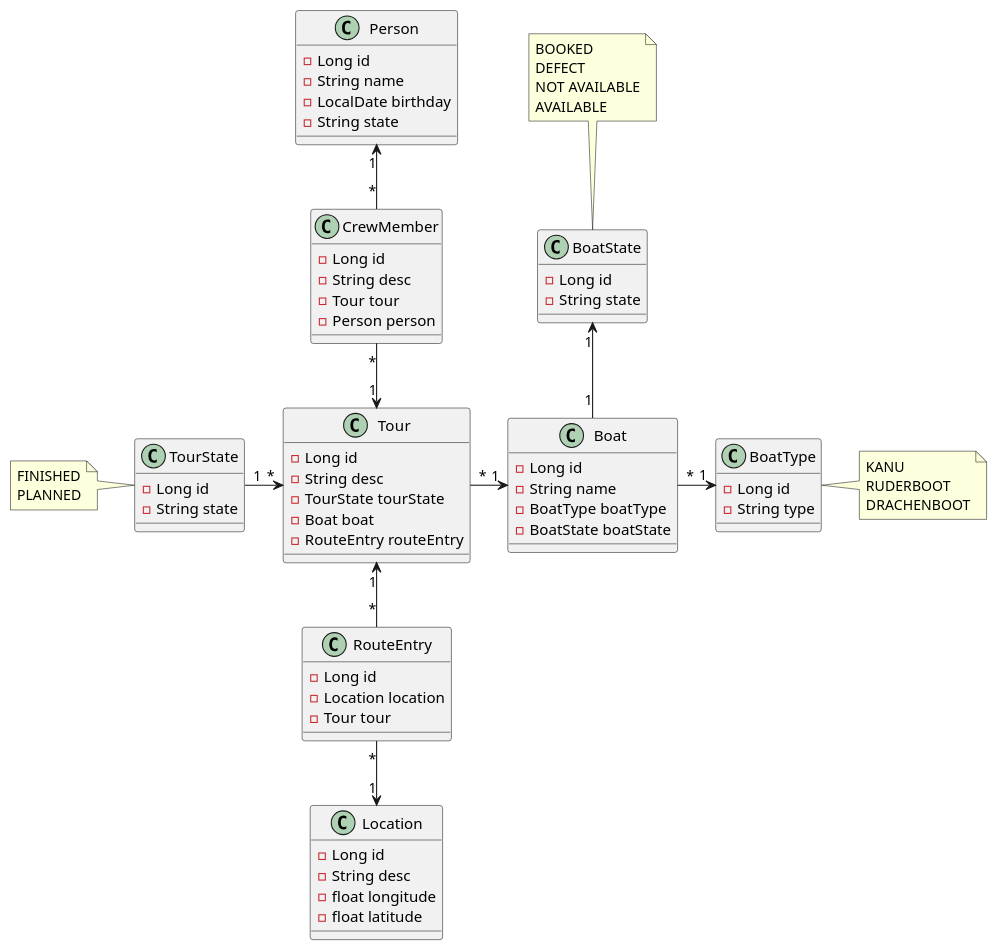
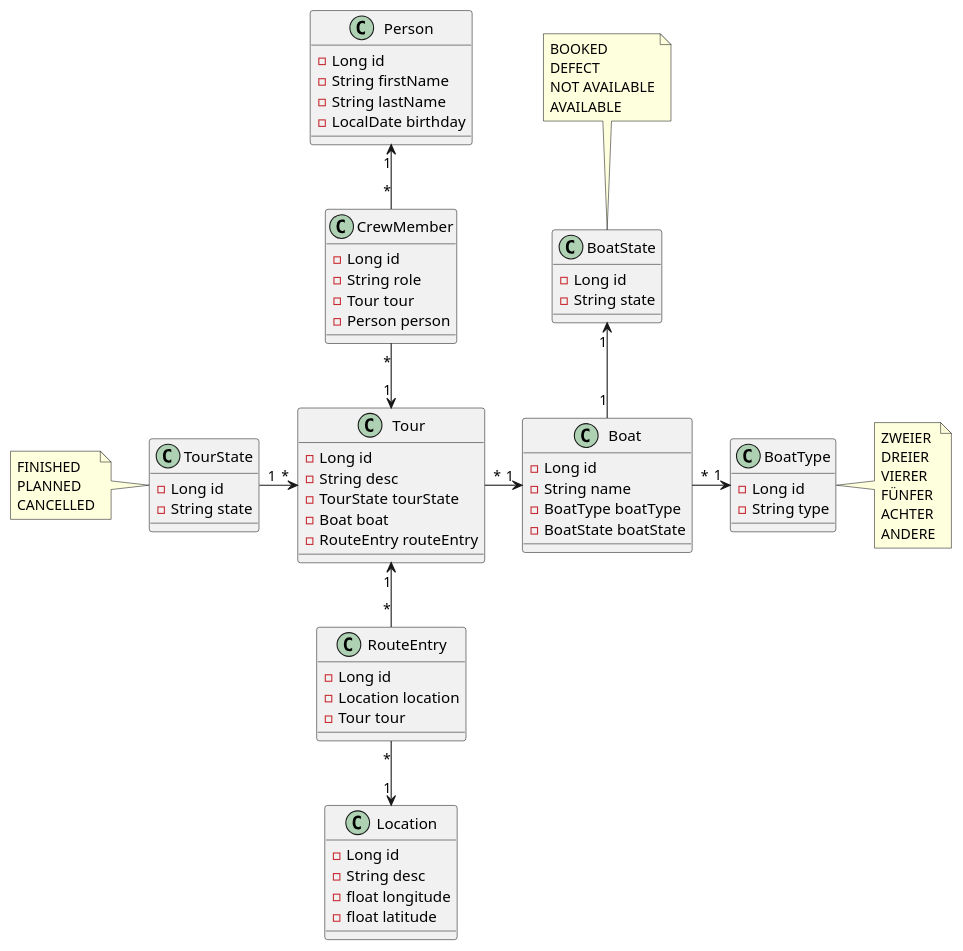
One commit to htl-leonding-project/tour-logger changed the diagram in asciidocs/plantuml/class-diagram.puml. Above: the diagram before and after it, drawn with PlantUML.

Commit message:
#1 changed ClassDiagram

```diff
--- a/asciidocs/plantuml/class-diagram.puml
+++ b/asciidocs/plantuml/class-diagram.puml
@@ -1,74 +1,74 @@
 @startuml
 
 class Person {
 - Long id
-- String name
+- String firstName
+- String lastName
 - LocalDate birthday
-- String state
 }
 
 class CrewMember {
 - Long id
-- String desc
+- String role
 - Tour tour
 - Person person
 }
 
 class Tour {
 - Long id
 - String desc
 - TourState tourState
 - Boat boat
 - RouteEntry routeEntry
 }
 
 class RouteEntry{
 - Long id
 - Location location
 - Tour tour
 }
 
 class TourState {
 - Long id
 - String state
 }
 
-note left: FINISHED\nPLANNED
+note left: FINISHED\nPLANNED\nCANCELLED
 
 class Location {
 - Long id
 - String desc
 - float longitude
 - float latitude
 }
 
 class Boat {
 - Long id
 - String name
 - BoatType boatType
 - BoatState boatState
 }
 
 class BoatState {
 - Long id
 - String state
 }
 
 note top: BOOKED\nDEFECT\nNOT AVAILABLE\nAVAILABLE
 
 class BoatType {
 - Long id
 - String type
 }
-note right: KANU\nRUDERBOOT\nDRACHENBOOT
+note right: ZWEIER\nDREIER\nVIERER\nFÜNFER\nACHTER\nANDERE
 
 Person "1" <-- "*" CrewMember
 CrewMember "*" --> "1" Tour
 TourState "1" -right-> "*" Tour
 Location "1" <-up- "*" RouteEntry
 RouteEntry "*" -up-> "1" Tour
 Tour "*" -right-> "1" Boat
 Boat "*" -right-> "1" BoatType
 Boat "1" -up-> "1" BoatState
 
 @enduml
```
